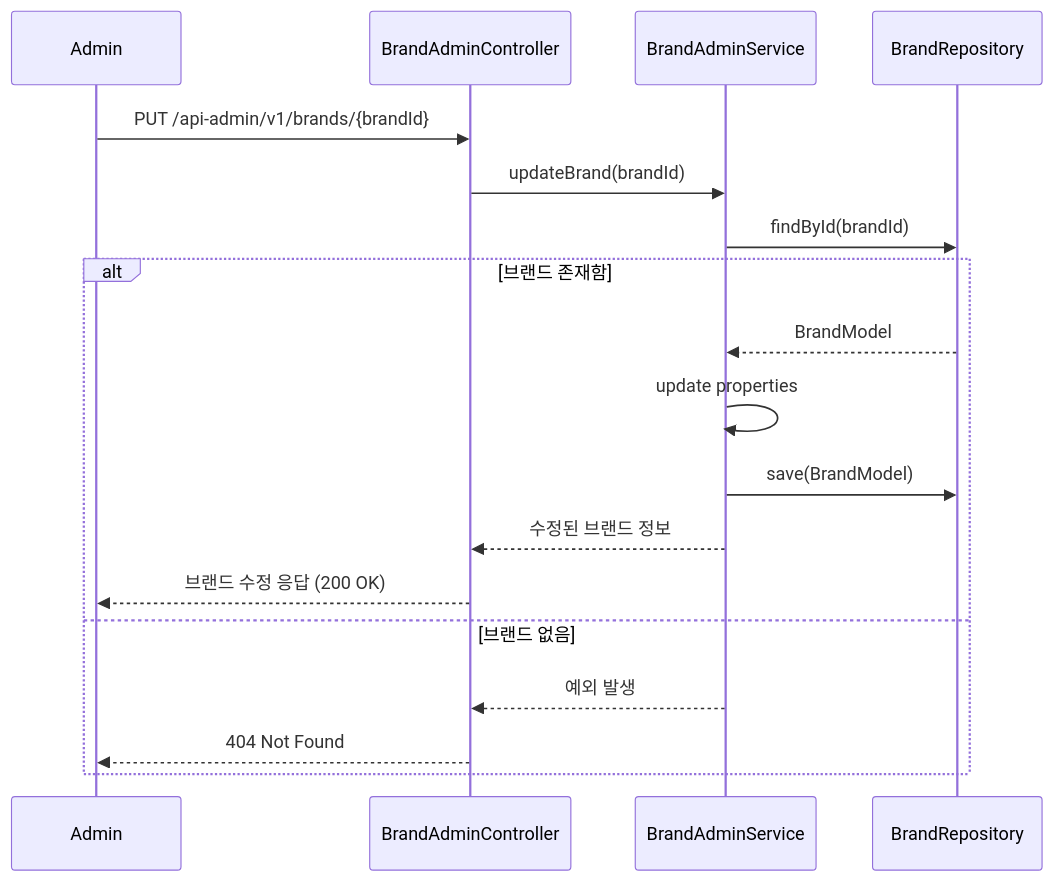
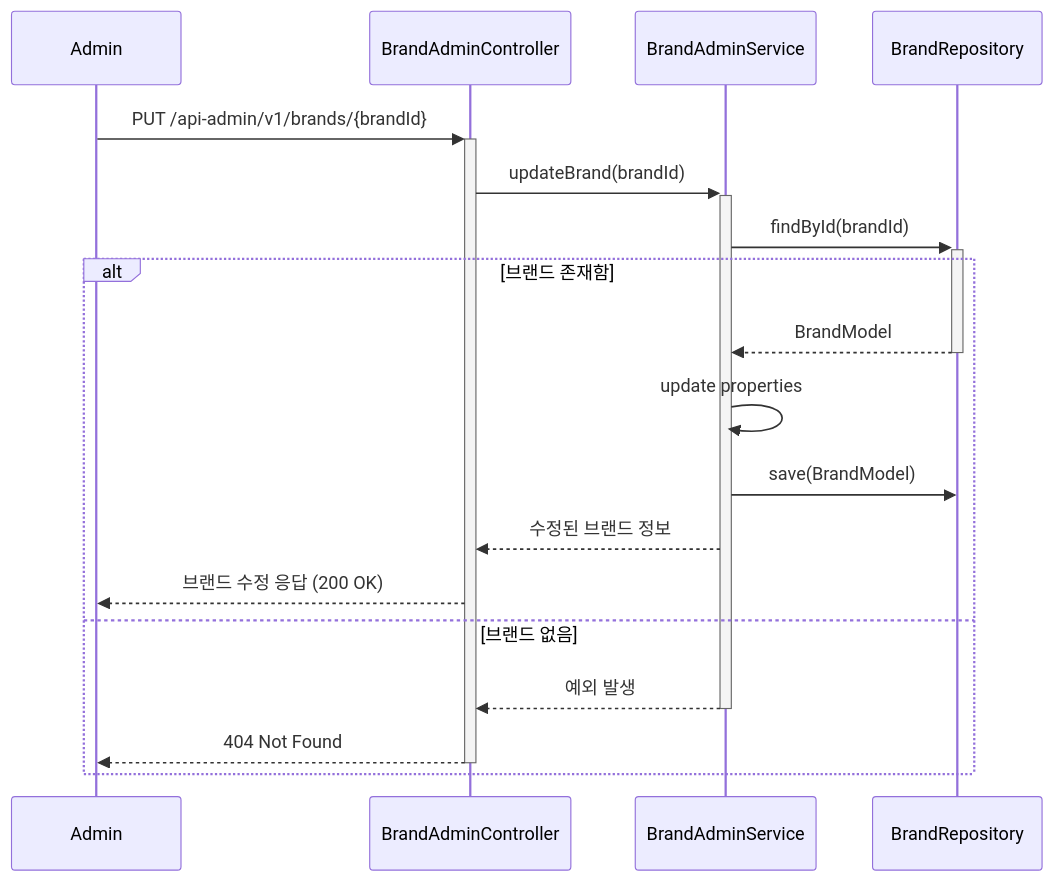
The seventh of 21 diagrams in .docs/design/02-sequence-diagrams.md (Loopers-dev-lab/loop-pack-be-l2-vol3-kotlin), drawn with Mermaid before and after one commit. The commit also changed other lines of this file, not shown here.

Commit message:
docs: 시퀀스 다이어그램 activation bar 추가

````diff
--- a/.docs/design/02-sequence-diagrams.md
+++ b/.docs/design/02-sequence-diagrams.md
@@ -177,22 +177,22 @@
 ```mermaid
 sequenceDiagram
     participant Admin
     participant BrandAdminController
     participant BrandAdminService
     participant BrandRepository
 
-    Admin ->> BrandAdminController: PUT /api-admin/v1/brands/{brandId}
-    BrandAdminController ->> BrandAdminService: updateBrand(brandId)
-    BrandAdminService ->> BrandRepository: findById(brandId)
-    
+    Admin ->>+ BrandAdminController: PUT /api-admin/v1/brands/{brandId}
+    BrandAdminController ->>+ BrandAdminService: updateBrand(brandId)
+    BrandAdminService ->>+ BrandRepository: findById(brandId)
+
     alt 브랜드 존재함
-        BrandRepository -->> BrandAdminService: BrandModel
+        BrandRepository -->>- BrandAdminService: BrandModel
         BrandAdminService ->> BrandAdminService: update properties
         BrandAdminService ->> BrandRepository: save(BrandModel)
         BrandAdminService -->> BrandAdminController: 수정된 브랜드 정보
         BrandAdminController -->> Admin: 브랜드 수정 응답 (200 OK)
     else 브랜드 없음
-        BrandAdminService -->> BrandAdminController: 예외 발생
-        BrandAdminController -->> Admin: 404 Not Found
+        BrandAdminService -->>- BrandAdminController: 예외 발생
+        BrandAdminController -->>- Admin: 404 Not Found
     end
 ```
````
